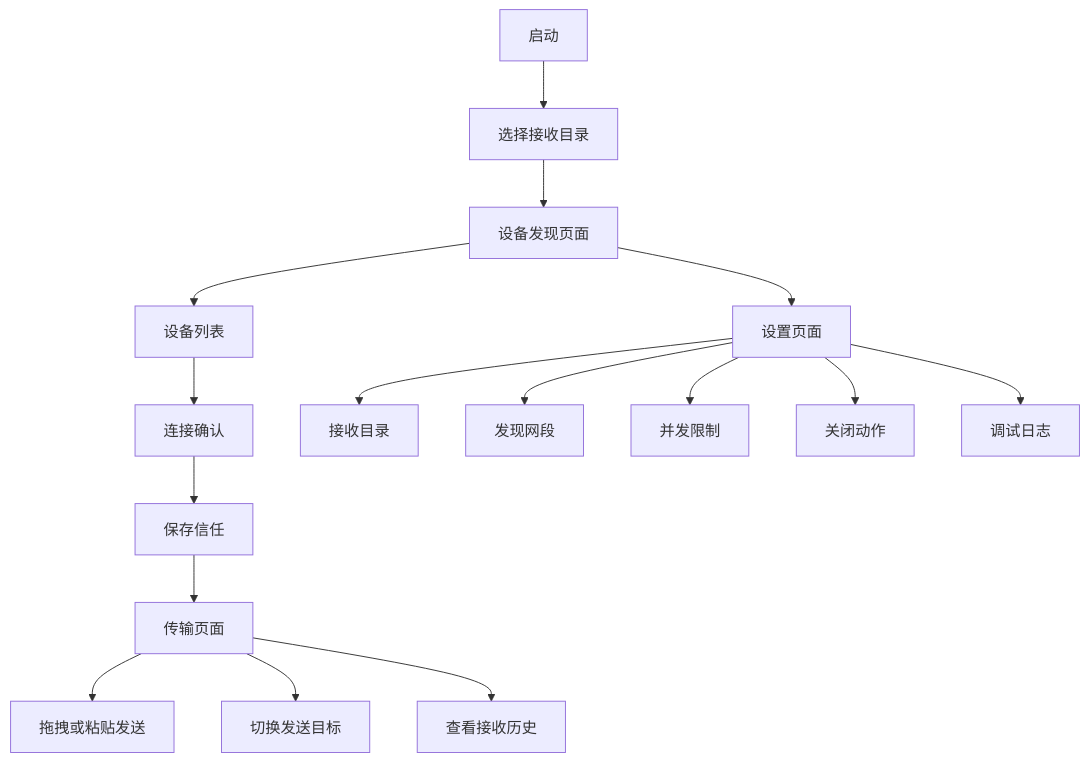
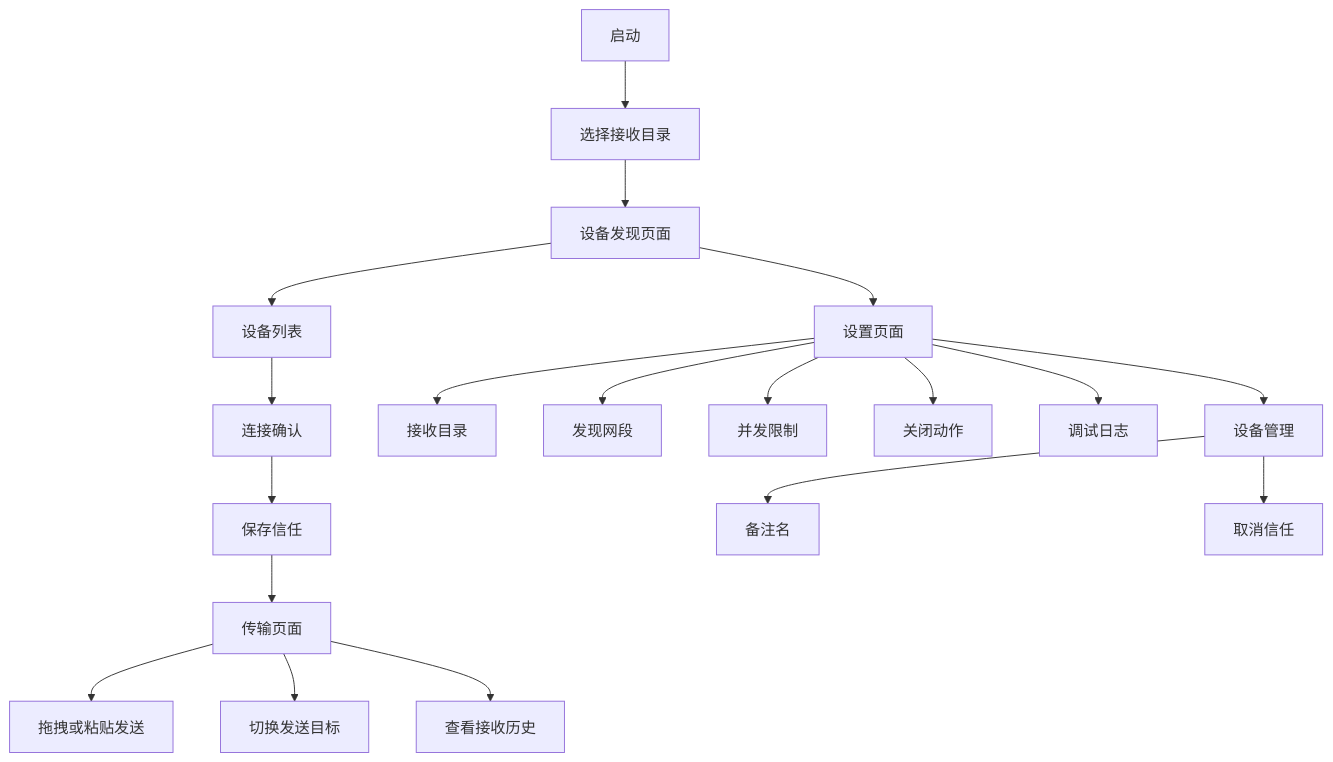
One commit to dengzhongyuan365-dev/filetransfer changed the first of 25 diagrams in docs/design-architecture.zh_CN.md. Above: the diagram before and after it, drawn with Mermaid. The commit also changed other lines of this file and 9 other files, not shown here.

````diff
--- a/docs/design-architecture.zh_CN.md
+++ b/docs/design-architecture.zh_CN.md
@@ -42,18 +43,21 @@
 ```mermaid
 graph TD
     A["启动"] --> B["选择接收目录"]
     B --> C["设备发现页面"]
     C --> D["设备列表"]
     D --> E["连接确认"]
     E --> P["保存信任"]
     P --> F["传输页面"]
     F --> G["拖拽或粘贴发送"]
     F --> H["切换发送目标"]
     F --> I["查看接收历史"]
     C --> J["设置页面"]
     J --> K["接收目录"]
     J --> L["发现网段"]
     J --> M["并发限制"]
     J --> N["关闭动作"]
     J --> O["调试日志"]
+    J --> Q["设备管理"]
+    Q --> R["备注名"]
+    Q --> S["取消信任"]
 ```
````
